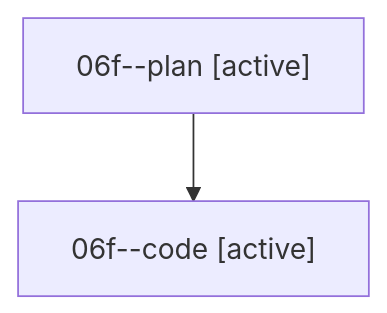
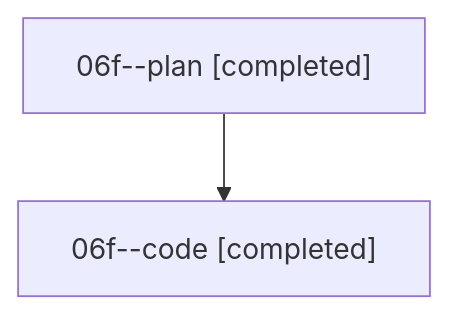
One commit to sase-org/sase--agents changed the diagram in families/bbugyi200.athena.06f.md. Above: the diagram before and after it, drawn with Mermaid. The commit also changed other lines of this file and 71 other files, not shown here.

````diff
--- a/families/bbugyi200.athena.06f.md
+++ b/families/bbugyi200.athena.06f.md
@@ -9,6 +9,6 @@
 ```mermaid
 flowchart TD
-  n0["06f--plan [active]"]
-  n1["06f--code [active]"]
+  n0["06f--plan [completed]"]
+  n1["06f--code [completed]"]
   n0 --> n1
 ```
````
